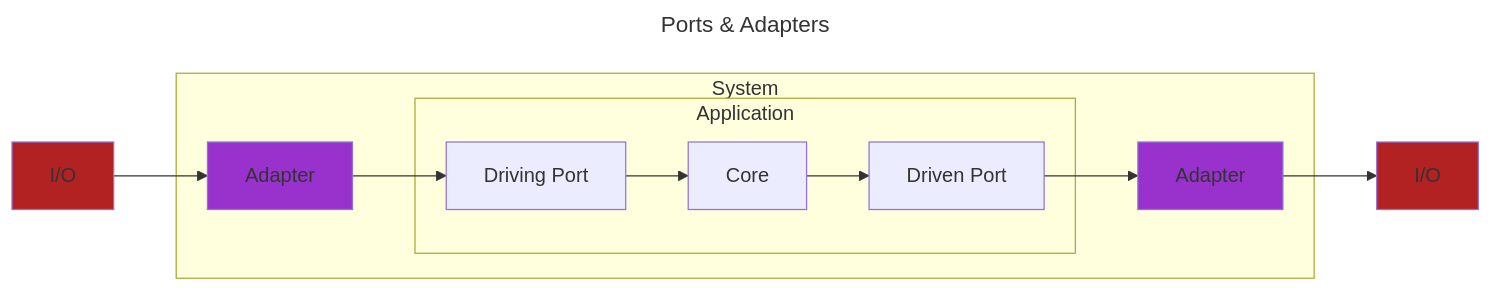
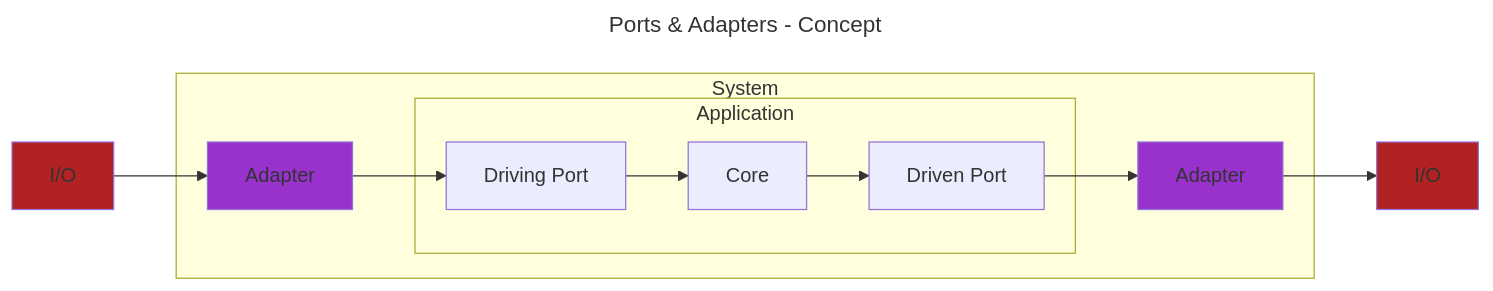
One commit to grierson/grierson changed the eighth of 10 diagrams in structure.md. Above: the diagram before and after it, drawn with Mermaid. The commit also changed other lines of this file, not shown here.

````diff
--- a/structure.md
+++ b/structure.md
@@ -471,20 +407,20 @@
 ```mermaid
 ---
-title: Ports & Adapters
+title: Ports & Adapters - Concept
 ---
 flowchart LR
   style i/oIn fill:FireBrick
   style i/oOut fill:FireBrick
   style AdapterIn fill:DarkOrchid
   style AdapterOut fill:DarkOrchid
   subgraph System
     subgraph Application
       PortIn["Driving Port"] --> Core
       Core --> PortOut["Driven Port"]
     end
   AdapterIn["Adapter"] --> PortIn
   PortOut --> AdapterOut["Adapter"] 
   end
   i/oIn[I/O] --> AdapterIn
   AdapterOut --> i/oOut["I/O"]
 ```
````
